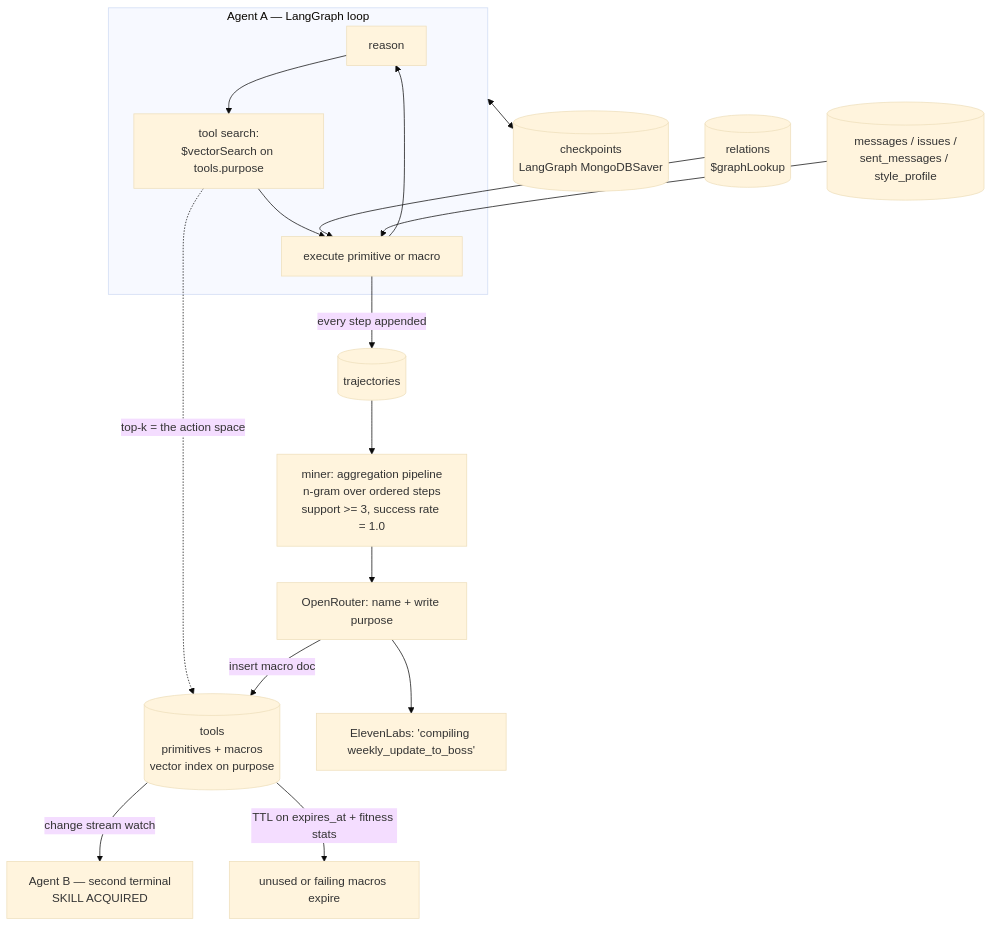
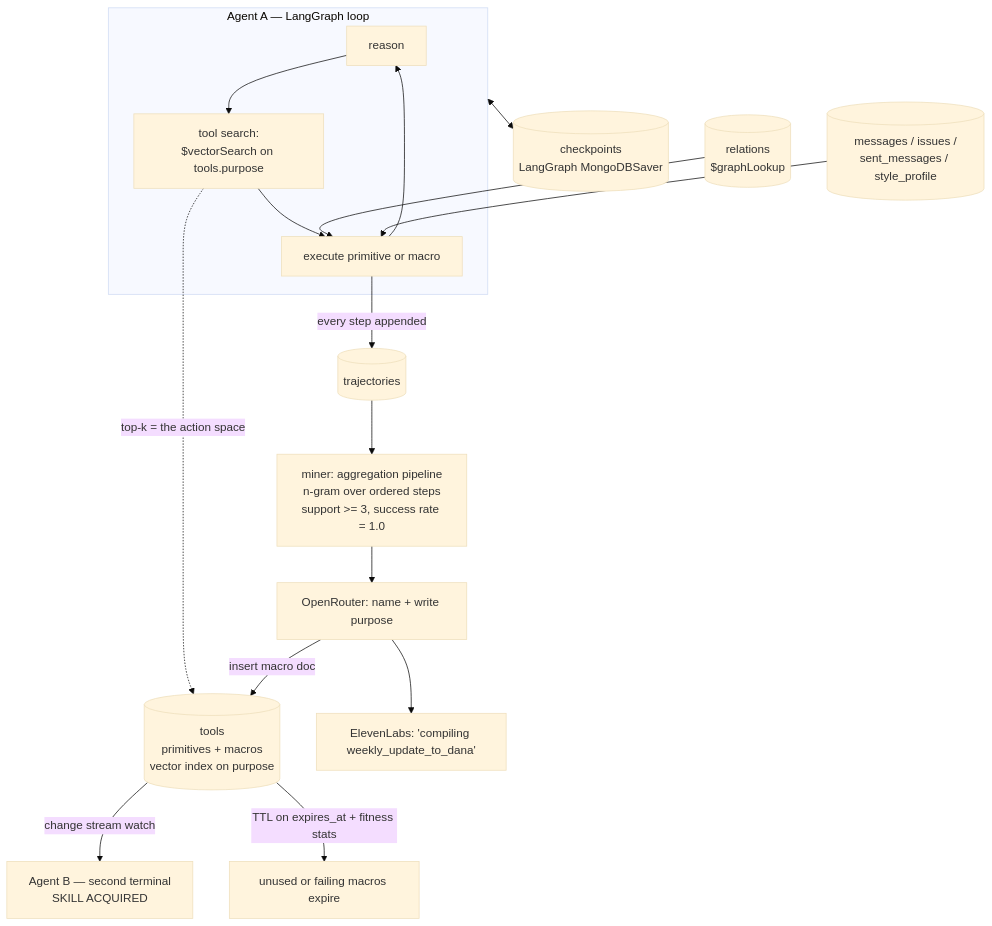
The diagram in README.md (rohangandotra18/perpetual), drawn with Mermaid (base theme) before and after one commit. The commit also changed other lines of this file and 9 other files, not shown here.

````diff
--- a/README.md
+++ b/README.md
@@ -34,24 +34,24 @@
 ```mermaid
 flowchart TB
     subgraph Agent["Agent A — LangGraph loop"]
         R[reason] --> TS["tool search:<br/>$vectorSearch on tools.purpose"]
         TS --> EX[execute primitive or macro]
         EX --> R
     end
 
     EX -->|every step appended| TR[("trajectories")]
     TS -.->|top-k = the action space| TOOLS[("tools<br/>primitives + macros<br/>vector index on purpose")]
 
     TR --> MINER["miner: aggregation pipeline<br/>n-gram over ordered steps<br/>support >= 3, success rate = 1.0"]
     MINER --> NAME["OpenRouter: name + write purpose"]
     NAME -->|insert macro doc| TOOLS
-    NAME --> VOICE["ElevenLabs: 'compiling weekly_update_to_boss'"]
+    NAME --> VOICE["ElevenLabs: 'compiling weekly_update_to_dana'"]
 
     TOOLS -->|change stream watch| B["Agent B — second terminal<br/>SKILL ACQUIRED"]
 
     GRAPH[("relations<br/>$graphLookup")] --> EX
     CORPUS[("messages / issues /<br/>sent_messages / style_profile")] --> EX
     TOOLS -->|TTL on expires_at + fitness stats| DEATH["unused or failing macros expire"]
 
     Agent <--> CK[("checkpoints<br/>LangGraph MongoDBSaver")]
 ```
````
